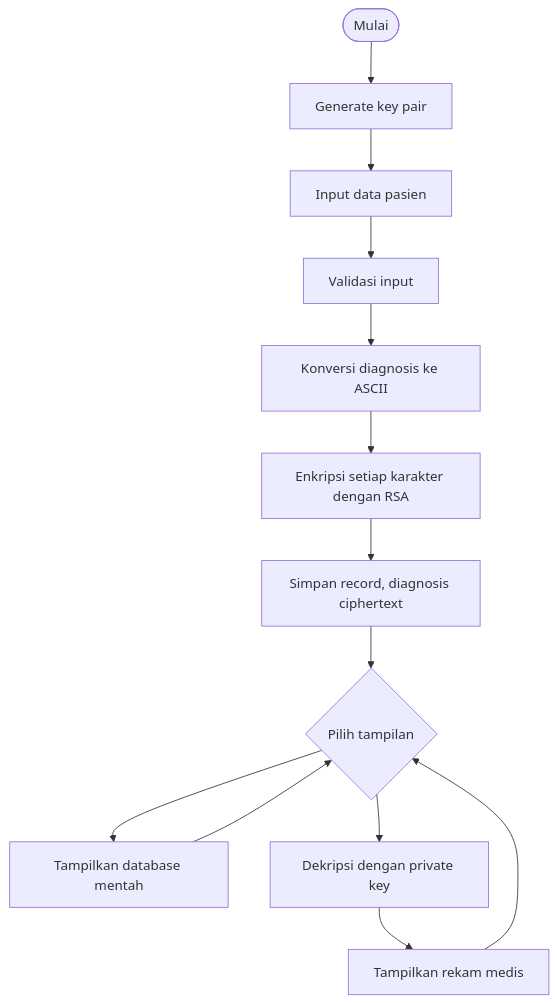
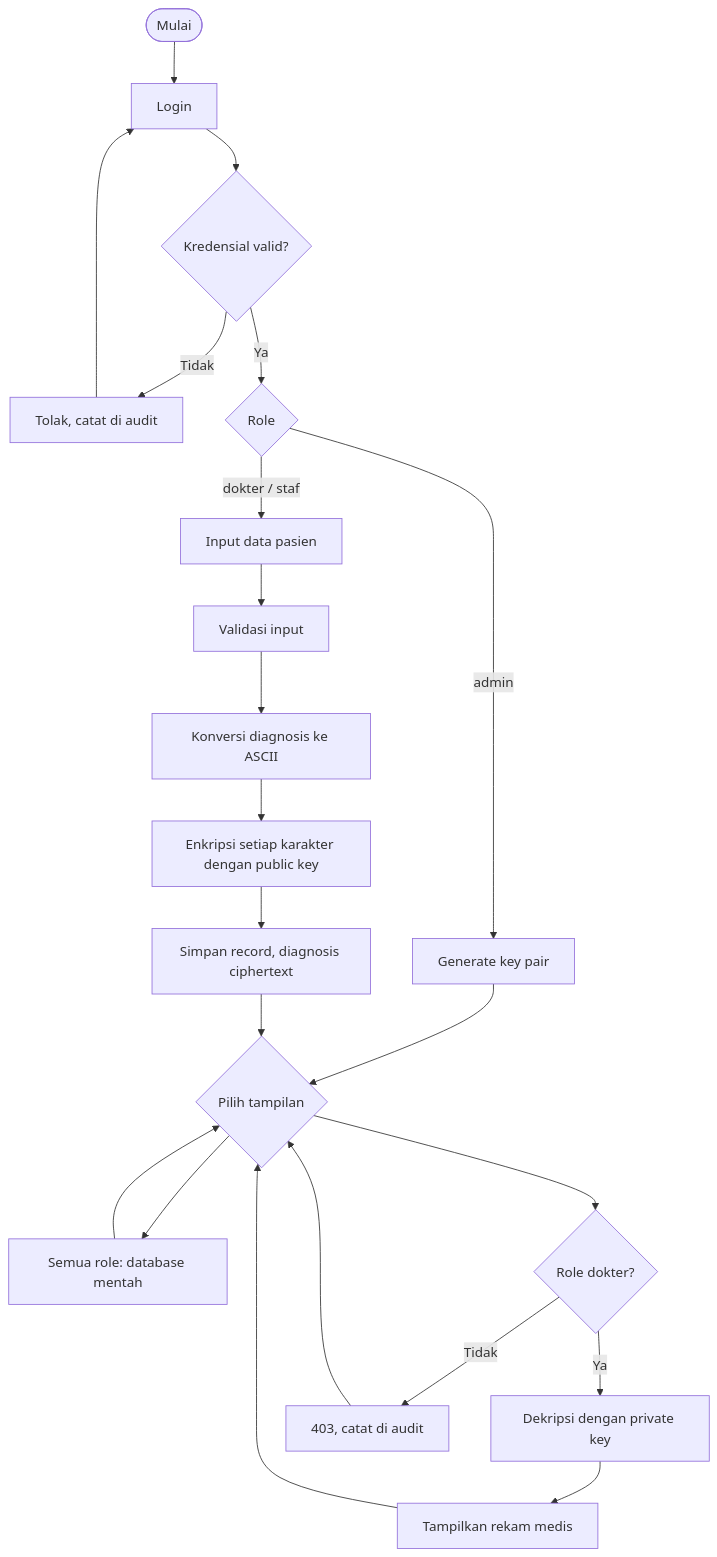
The diagram in README.md (cr766hi/Kriptografi_RSA_Implementation), drawn with Mermaid before and after one commit. The commit also changed other lines of this file, not shown here.

````diff
--- a/README.md
+++ b/README.md
@@ -112,15 +181,24 @@
 ```mermaid
 flowchart TD
-    A([Mulai]) --> B[Generate key pair]
-    B --> C[Input data pasien]
+    A([Mulai]) --> L[Login]
+    L --> V{Kredensial valid?}
+    V -- Tidak --> X[Tolak, catat di audit]
+    X --> L
+    V -- Ya --> R{Role}
+    R -- admin --> B[Generate key pair]
+    R -- dokter / staf --> C[Input data pasien]
+    B --> H
     C --> D[Validasi input]
     D --> E[Konversi diagnosis ke ASCII]
-    E --> F[Enkripsi setiap karakter dengan RSA]
+    E --> F[Enkripsi setiap karakter dengan public key]
     F --> G[Simpan record, diagnosis ciphertext]
     G --> H{Pilih tampilan}
-    H --> I[Tampilkan database mentah]
-    H --> J[Dekripsi dengan private key]
-    J --> K[Tampilkan rekam medis]
+    H --> I[Semua role: database mentah]
+    H --> J{Role dokter?}
+    J -- Ya --> M[Dekripsi dengan private key]
+    J -- Tidak --> N[403, catat di audit]
+    M --> K[Tampilkan rekam medis]
     I --> H
     K --> H
+    N --> H
 ```
````
